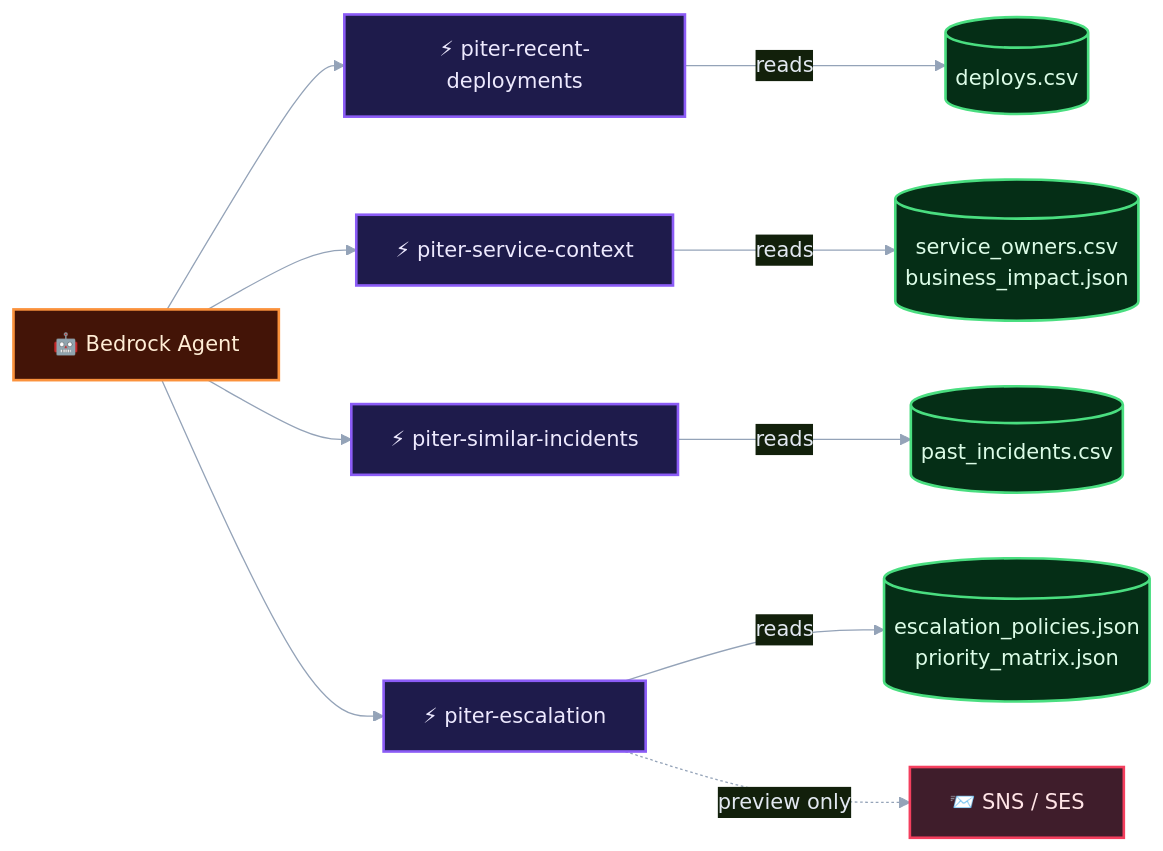
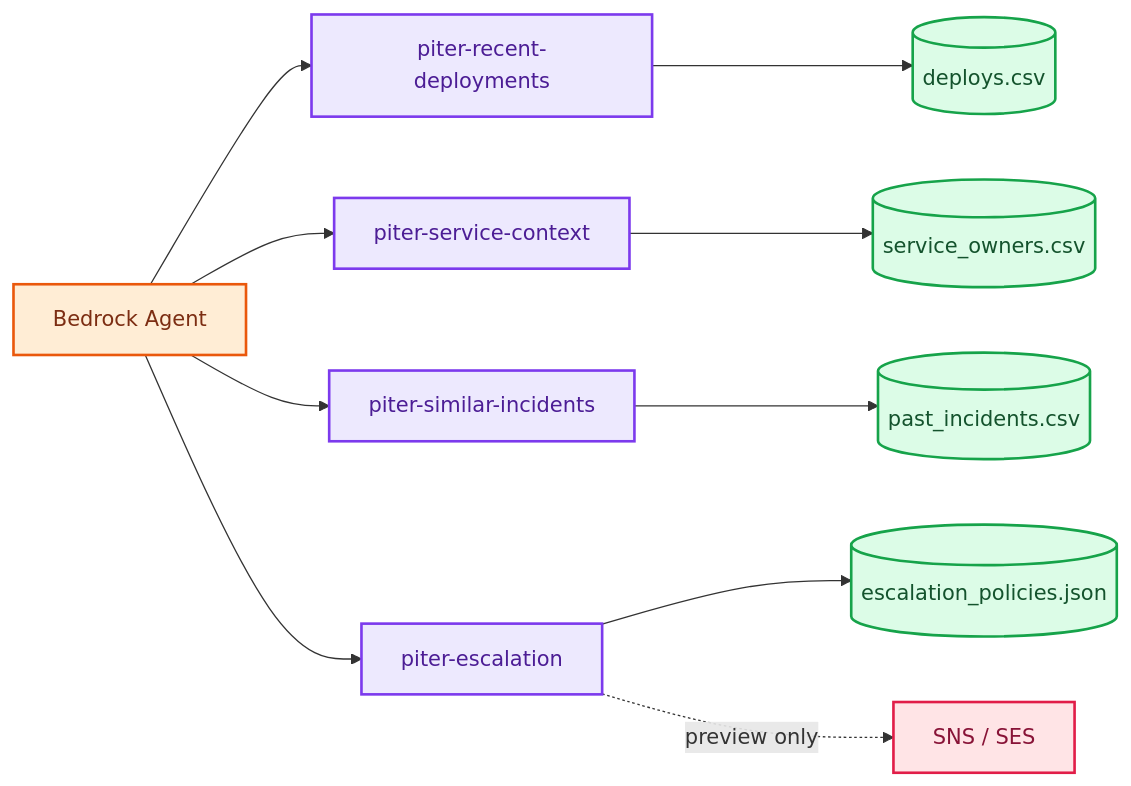
Before and after one commit to reem-mor/ai-engineering-portfolio: the fourth of 5 diagrams in projects/piter-aiops/README.md, drawn with Mermaid. The commit also changed other lines of this file and 1 other file, not shown here.

````diff
--- a/projects/piter-aiops/README.md
+++ b/projects/piter-aiops/README.md
@@ -432,19 +288,18 @@
 ```mermaid
-%%{init: {'theme':'base','themeVariables':{'primaryColor':'#0b1220','primaryTextColor':'#e2e8f0','primaryBorderColor':'#22d3ee','lineColor':'#94a3b8','clusterBkg':'#0b1220','clusterBorder':'#334155'}}}%%
 flowchart LR
-  Agent["🤖 Bedrock Agent"] --> D & C & S & E
-  D["⚡ piter-recent-deployments"] -->|reads| D1[("deploys.csv")]
-  C["⚡ piter-service-context"] -->|reads| C1[("service_owners.csv<br/>business_impact.json")]
-  S["⚡ piter-similar-incidents"] -->|reads| S1[("past_incidents.csv")]
-  E["⚡ piter-escalation"] -->|reads| E1[("escalation_policies.json<br/>priority_matrix.json")]
-  E -.->|"preview only"| SNS["📨 SNS / SES"]
+  Agent[Bedrock Agent] --> D & C & S & E
+  D[piter-recent-deployments] --> D1[(deploys.csv)]
+  C[piter-service-context] --> C1[(service_owners.csv)]
+  S[piter-similar-incidents] --> S1[(past_incidents.csv)]
+  E[piter-escalation] --> E1[(escalation_policies.json)]
+  E -.->|preview only| SNS[SNS / SES]
 
-  classDef agentStyle fill:#431407,stroke:#fb923c,stroke-width:2px,color:#ffedd5
-  classDef lambdaStyle fill:#1e1b4b,stroke:#8b5cf6,stroke-width:2px,color:#ede9fe
-  classDef dataStyle fill:#052e16,stroke:#4ade80,stroke-width:2px,color:#dcfce7
-  classDef notifyStyle fill:#3f1d2b,stroke:#f43f5e,stroke-width:2px,color:#ffe4e6
+  classDef agentStyle fill:#ffedd5,stroke:#ea580c,stroke-width:2px,color:#7c2d12
+  classDef lambdaStyle fill:#ede9fe,stroke:#7c3aed,stroke-width:2px,color:#4c1d95
+  classDef dataStyle fill:#dcfce7,stroke:#16a34a,stroke-width:2px,color:#14532d
+  classDef notifyStyle fill:#ffe4e6,stroke:#e11d48,stroke-width:2px,color:#881337
   class Agent agentStyle
   class D,C,S,E lambdaStyle
   class D1,C1,S1,E1 dataStyle
   class SNS notifyStyle
 ```
````
